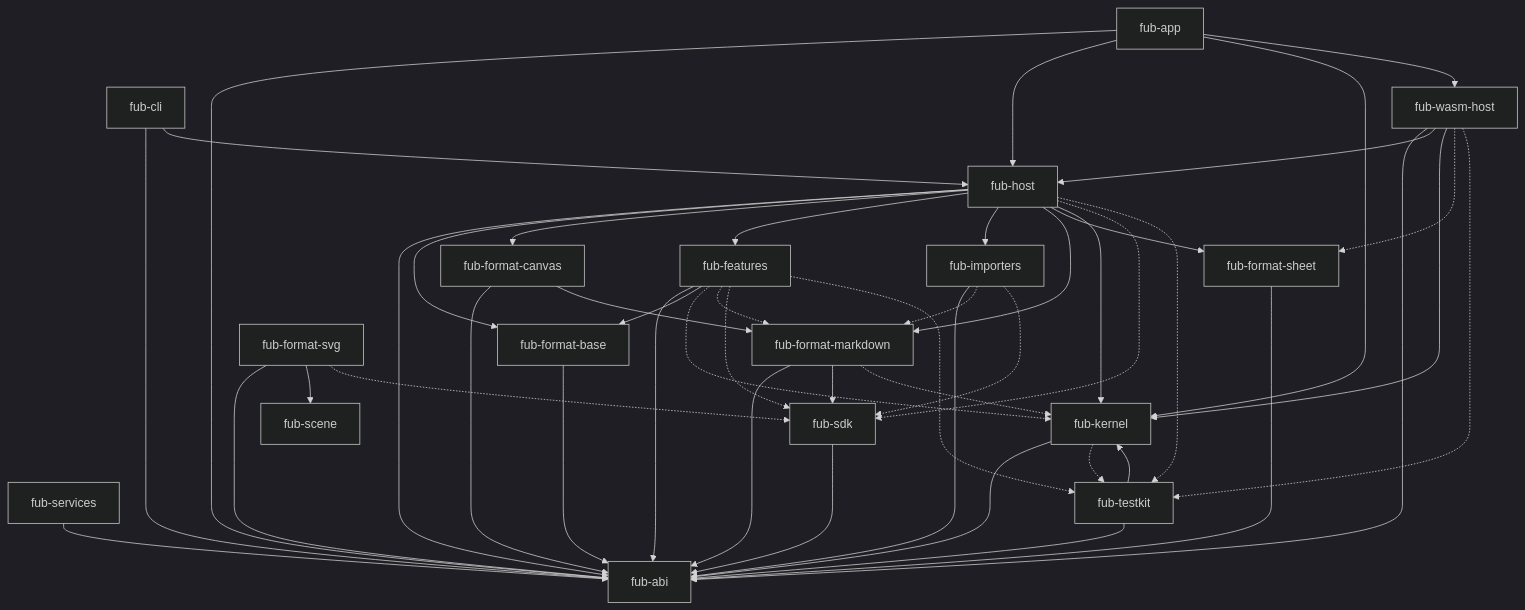
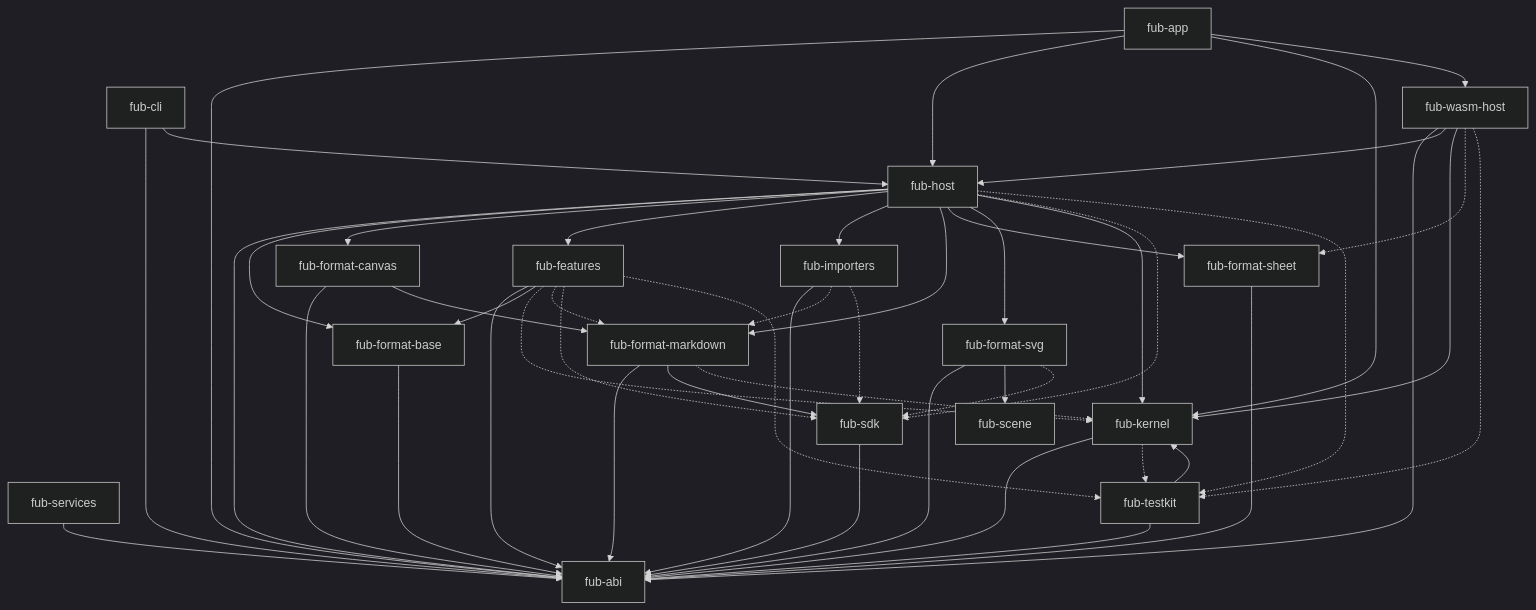
Before and after one commit to Fubeo/Fub: the first of 2 diagrams in docs/architecture/overview.md, drawn with Mermaid (dark theme). The commit also changed other lines of this file and 8 other files, not shown here.

First line of the commit message:
feat(host): feature `draw` che monta il formato `svg`

````diff
--- a/docs/architecture/overview.md
+++ b/docs/architecture/overview.md
@@ -28,71 +28,72 @@
 ```mermaid
 flowchart TD
     %% @grafo-dipendenze
     %% Questo blocco è confrontato con cargo metadata da dependency_invariant.rs.
 
     app["fub-app"]
     host["fub-host"]
     features["fub-features"]
     markdown["fub-format-markdown"]
     sheet["fub-format-sheet"]
     base["fub-format-base"]
     canvas["fub-format-canvas"]
     svg["fub-format-svg"]
     scene["fub-scene"]
     importers["fub-importers"]
     cli["fub-cli"]
     services["fub-services"]
     wasmhost["fub-wasm-host"]
     sdk["fub-sdk"]
     testkit["fub-testkit"]
     kernel["fub-kernel"]
     abi["fub-abi"]
 
     app --> abi
     app --> host
     app --> kernel
     app --> wasmhost
     host --> abi
     host --> base
     host --> canvas
     host --> features
     host --> importers
     host --> markdown
     host --> sheet
+    host --> svg
     host --> kernel
     cli --> abi
     cli --> host
     services --> abi
     base --> abi
     canvas --> abi
     canvas --> markdown
     importers --> abi
     features --> abi
     features --> base
     markdown --> abi
     markdown --> sdk
     sheet --> abi
     svg --> abi
     svg --> scene
     wasmhost --> abi
     wasmhost --> host
     wasmhost --> kernel
     kernel --> abi
     sdk --> abi
     testkit --> abi
     testkit --> kernel
 
     features -.-> kernel
     features -.-> markdown
     features -.-> sdk
     features -.-> testkit
     markdown -.-> kernel
     kernel -.-> testkit
     host -.-> sdk
     host -.-> testkit
     wasmhost -.-> sheet
     wasmhost -.-> testkit
     importers -.-> markdown
     importers -.-> sdk
     svg -.-> sdk
 ```
````
